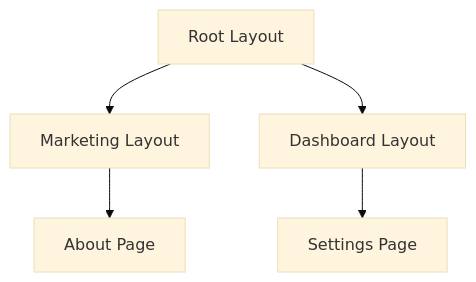
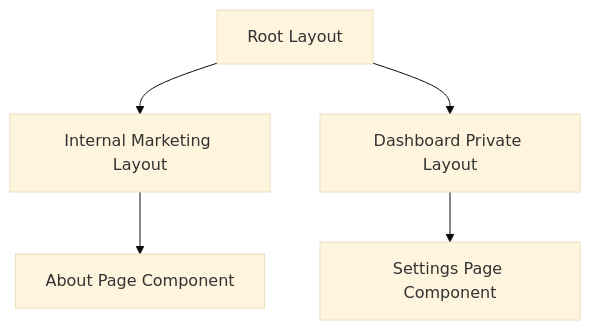
One commit to tanner-ktech-net/nextjs-router changed the diagram in README.md. Above: the diagram before and after it, drawn with Mermaid (base theme). The commit also changed other lines of this file, not shown here.

````diff
--- a/README.md
+++ b/README.md
@@ -51,7 +51,7 @@
 ```mermaid
 graph TD
-    A[Root Layout] --> B[Marketing Layout]
-    B --> C[About Page]
-    A --> D[Dashboard Layout]
-    D --> E[Settings Page]
+    A[Root Layout] --> B[Internal Marketing Layout]
+    B --> C[About Page Component]
+    A --> D[Dashboard Private Layout]
+    D --> E[Settings Page Component]
 ```
````
